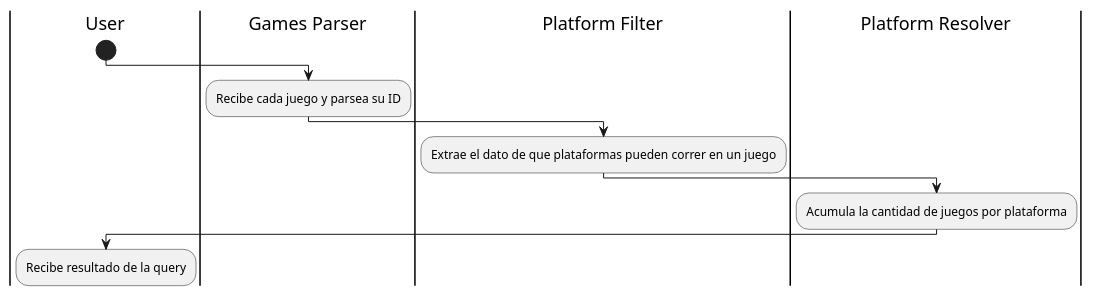
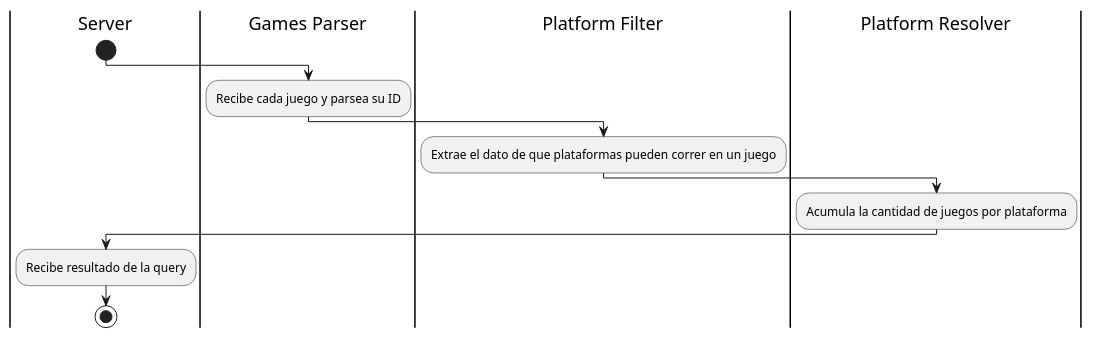
One commit to AbrahamOsco/TP1-Distribuidos changed the diagram in diagrams/activity/query1.puml. Above: the diagram before and after it, drawn with PlantUML. The commit also changed 4 other files, not shown here.

Commit message:
feat: updated activity diagrams

```diff
--- a/diagrams/activity/query1.puml
+++ b/diagrams/activity/query1.puml
@@ -1,12 +1,13 @@
 @startuml
-|User|
+|Server|
 start
    |Games Parser|
    :Recibe cada juego y parsea su ID;
    |Platform Filter|
    :Extrae el dato de que plataformas pueden correr en un juego;
    |Platform Resolver|
    :Acumula la cantidad de juegos por plataforma;
-   |User|
+   |Server|
    :Recibe resultado de la query;
+stop
 @enduml
```
